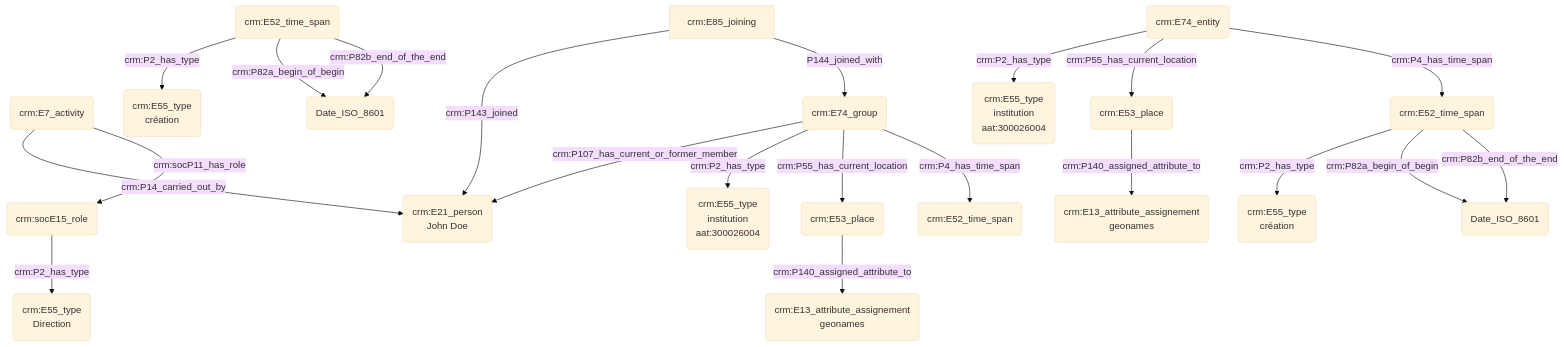
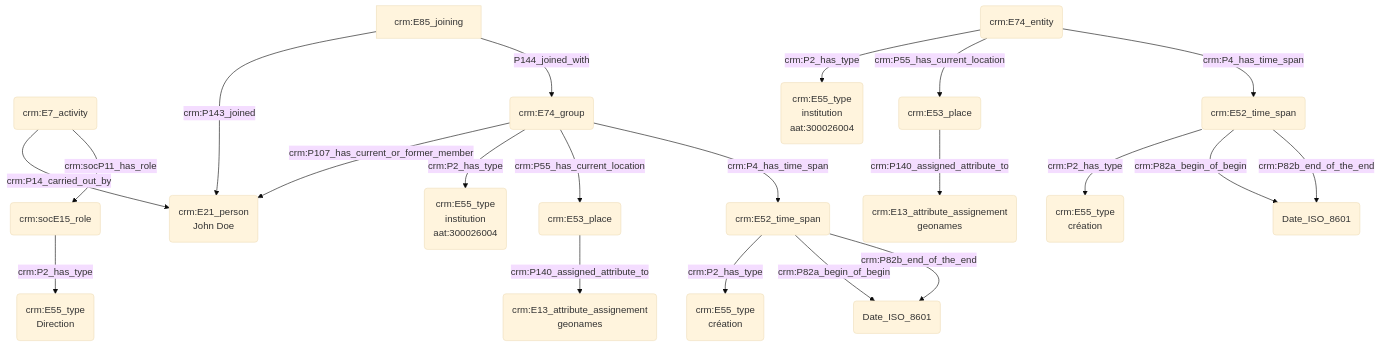
Before and after one commit to Amleth/consortium-musica2-gt2-ontologies: the diagram in modules/livrables/Dossier 2/Prosopographie/statut ou rôle au sein d'une institution.md, drawn with Mermaid (base theme).

Commit message:
Update statut ou rôle au sein d'une institution.md

````diff
--- a/modules/livrables/Dossier 2/Prosopographie/statut ou rôle au sein d'une institution.md
+++ b/modules/livrables/Dossier 2/Prosopographie/statut ou rôle au sein d'une institution.md
@@ -11,28 +11,28 @@
 ```mermaid
 graph TD;
 
 H(crm:E7_activity) --> |crm:P14_carried_out_by| K(crm:E21_person<br>John Doe)
 H(crm:E7_activity) --> |crm:socP11_has_role| J(crm:socE15_role)
 J(crm:socE15_role) -->|crm:P2_has_type| I(crm:E55_type<br>Direction)
 
 L[crm:E85_joining] -->|crm:P143_joined| K(crm:E21_person<br>John Doe)
 M(crm:E74_group) --> |crm:P107_has_current_or_former_member| K(crm:E21_person<br>John Doe)
 L[crm:E85_joining] --> |P144_joined_with| M(crm:E74_group)
 
 M(crm:E74_group) -->|crm:P2_has_type| N(crm:E55_type<br>institution<br>aat:300026004)
 M(crm:E74_group) -->|crm:P55_has_current_location| O(crm:E53_place)
 O(crm:E53_place) -->|crm:P140_assigned_attribute_to| P(crm:E13_attribute_assignement<br>geonames)
-M(crm:E74_group) -->|crm:P4_has_time_span| Q(crm:E52_time_span)
+M(crm:E74_group) -->|crm:P4_has_time_span| R(crm:E52_time_span)
 R(crm:E52_time_span) -->|crm:P2_has_type| T(crm:E55_type<br>création)
 R(crm:E52_time_span) -->|crm:P82a_begin_of_begin| S(Date_ISO_8601)
 R(crm:E52_time_span) -->|crm:P82b_end_of_the_end| S(Date_ISO_8601)
 
 A(crm:E74_entity) -->|crm:P2_has_type| B(crm:E55_type<br>institution<br>aat:300026004)
 A(crm:E1_entity) -->|crm:P55_has_current_location| C(crm:E53_place)
 C(crm:E53_place) -->|crm:P140_assigned_attribute_to| D(crm:E13_attribute_assignement<br>geonames)
 A(crm:E74_entity) -->|crm:P4_has_time_span| E(crm:E52_time_span)
 E(crm:E52_time_span) -->|crm:P2_has_type| G(crm:E55_type<br>création)
 E(crm:E52_time_span) -->|crm:P82a_begin_of_begin| F(Date_ISO_8601)
 E(crm:E52_time_span) -->|crm:P82b_end_of_the_end| F(Date_ISO_8601)
 
 ```
````
